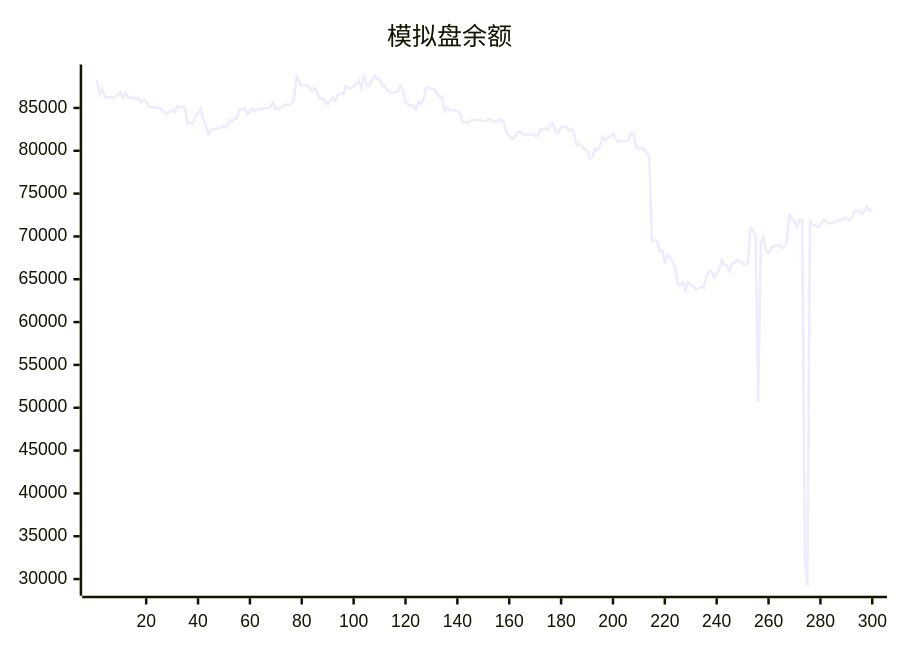
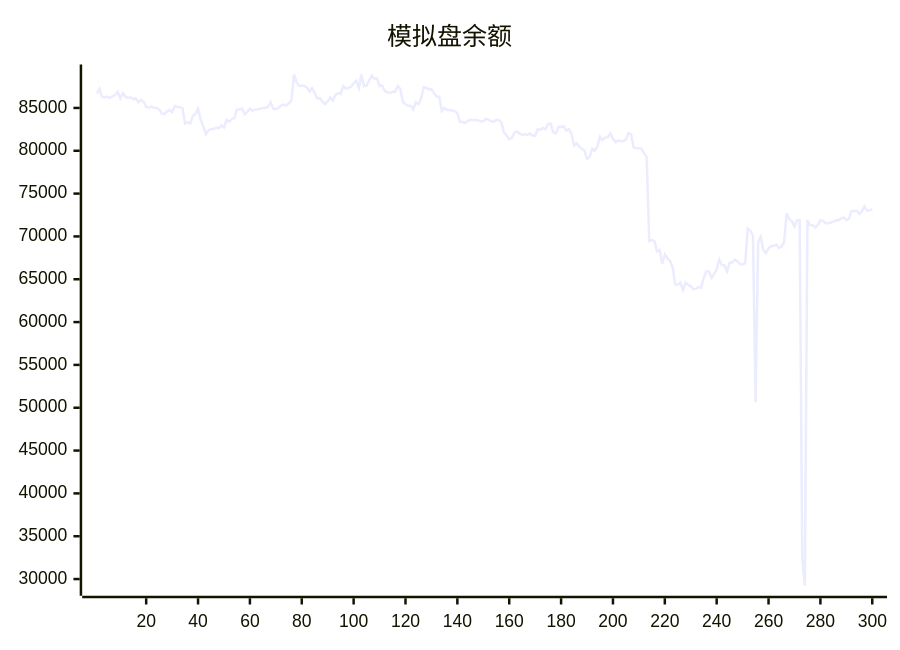
Before and after one commit to aahl/ai-trading: the diagram in README.md, drawn with Mermaid. The commit also changed other lines of this file and 1 other file, not shown here.

````diff
--- a/README.md
+++ b/README.md
@@ -5,5 +5,5 @@
 ```mermaid
 xychart
     title "模拟盘余额"
-    line [88248,86662,87234,86279,86251,86314,86177,86364,86503,86886,86114,86731,86310,86176,86240,86017,86136,85685,85938,85749,85111,85044,85164,85016,85008,84824,84354,84287,84572,84745,84500,85234,85096,85095,84970,83180,83338,83157,84070,84309,84922,83667,82850,81924,82369,82552,82539,82695,82648,82962,82728,83619,83378,83710,83825,84819,84854,84917,84265,84527,84919,84668,84834,84850,84916,84981,85004,85131,85674,84891,84864,85019,85284,85393,85294,85538,85894,88904,88012,87567,87625,87568,87386,86920,87313,86737,86094,86143,85725,85437,85787,86219,85859,86526,86740,86630,87563,87264,87335,87483,87886,88180,87335,88894,87544,87608,88207,88755,88401,88444,87543,87608,87000,86810,86740,86894,86884,87576,87209,85686,85435,85251,85255,84820,85689,85453,86066,87420,87373,87161,87178,86740,86341,86315,84643,85012,84772,84768,84690,84635,84376,83360,83357,83259,83474,83608,83606,83602,83548,83440,83454,83724,83644,83464,83365,83590,83592,83275,82072,81806,81344,81492,82109,82254,82006,81848,81955,81829,82022,81769,81776,82522,82441,82656,82498,83144,83144,82150,82038,82797,82763,82872,82367,82536,81981,80612,80862,80484,80242,80034,79063,79245,80226,80016,80507,81625,81233,81544,81578,82016,81401,81019,81186,81130,81118,81306,82066,81909,80392,80304,80291,80258,79729,79261,69466,69579,69456,68251,68415,66832,67911,67462,67144,66432,64380,64375,64606,63740,64647,64324,64216,63842,63877,64078,64008,65156,65945,65888,65157,65625,66144,67284,66653,66639,65924,66925,66956,67263,67108,66766,66729,66886,70927,70673,70049,50652,69334,69973,68400,68061,68578,68876,68879,69055,68662,68822,69329,72687,71999,71760,71162,71911,71896,32500,29218,71927,71297,71305,71044,71337,71883,71822,71536,71536,71622,71723,71880,71860,72100,72216,71887,72077,72940,72976,72966,72638,72948,73497,73004,73041]
+    line [86662,87234,86279,86251,86314,86177,86364,86503,86886,86114,86731,86310,86176,86240,86017,86136,85685,85938,85749,85111,85044,85164,85016,85008,84824,84354,84287,84572,84745,84500,85234,85096,85095,84970,83180,83338,83157,84070,84309,84922,83667,82850,81924,82369,82552,82539,82695,82648,82962,82728,83619,83378,83710,83825,84819,84854,84917,84265,84527,84919,84668,84834,84850,84916,84981,85004,85131,85674,84891,84864,85019,85284,85393,85294,85538,85894,88904,88012,87567,87625,87568,87386,86920,87313,86737,86094,86143,85725,85437,85787,86219,85859,86526,86740,86630,87563,87264,87335,87483,87886,88180,87335,88894,87544,87608,88207,88755,88401,88444,87543,87608,87000,86810,86740,86894,86884,87576,87209,85686,85435,85251,85255,84820,85689,85453,86066,87420,87373,87161,87178,86740,86341,86315,84643,85012,84772,84768,84690,84635,84376,83360,83357,83259,83474,83608,83606,83602,83548,83440,83454,83724,83644,83464,83365,83590,83592,83275,82072,81806,81344,81492,82109,82254,82006,81848,81955,81829,82022,81769,81776,82522,82441,82656,82498,83144,83144,82150,82038,82797,82763,82872,82367,82536,81981,80612,80862,80484,80242,80034,79063,79245,80226,80016,80507,81625,81233,81544,81578,82016,81401,81019,81186,81130,81118,81306,82066,81909,80392,80304,80291,80258,79729,79261,69466,69579,69456,68251,68415,66832,67911,67462,67144,66432,64380,64375,64606,63740,64647,64324,64216,63842,63877,64078,64008,65156,65945,65888,65157,65625,66144,67284,66653,66639,65924,66925,66956,67263,67108,66766,66729,66886,70927,70673,70049,50652,69334,69973,68400,68061,68578,68876,68879,69055,68662,68822,69329,72687,71999,71760,71162,71911,71896,32500,29218,71927,71297,71305,71044,71337,71883,71822,71536,71536,71622,71723,71880,71860,72100,72216,71887,72077,72940,72976,72966,72638,72948,73497,73004,73041,73173]
 ```
````
